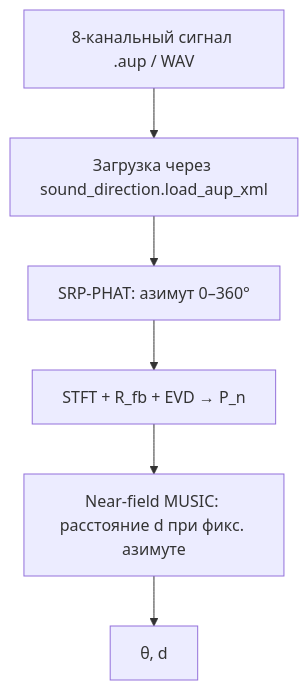
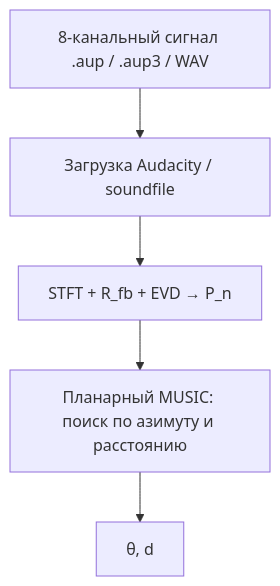
One commit to xxlcxsh/MUSIC changed the diagram in README.md. Above: the diagram before and after it, drawn with Mermaid. The commit also changed other lines of this file and 3 other files, not shown here.

````diff
--- a/README.md
+++ b/README.md
@@ -121,8 +114,7 @@
 ```mermaid
 flowchart TD
-    A[8-канальный сигнал .aup / WAV] --> B[Загрузка через sound_direction.load_aup_xml]
-    B --> C[SRP-PHAT: азимут 0–360°]
-    C --> D[STFT + R_fb + EVD → P_n]
-    D --> E[Near-field MUSIC: расстояние d при фикс. азимуте]
-    E --> F[θ, d]
+    A[8-канальный сигнал .aup / .aup3 / WAV] --> B[Загрузка Audacity / soundfile]
+    B --> C[STFT + R_fb + EVD → P_n]
+    C --> D[Планарный MUSIC: поиск по азимуту и расстоянию]
+    D --> E[θ, d]
 ```
````
